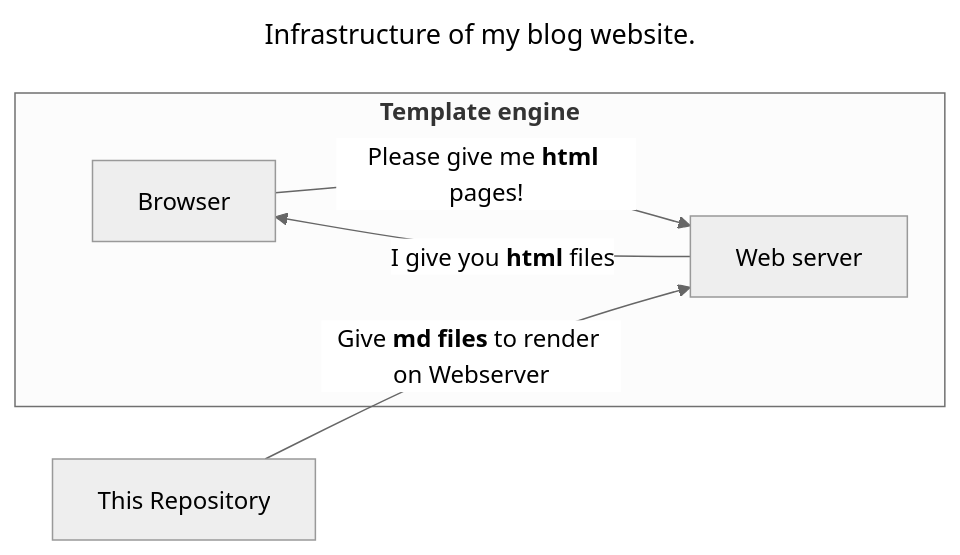
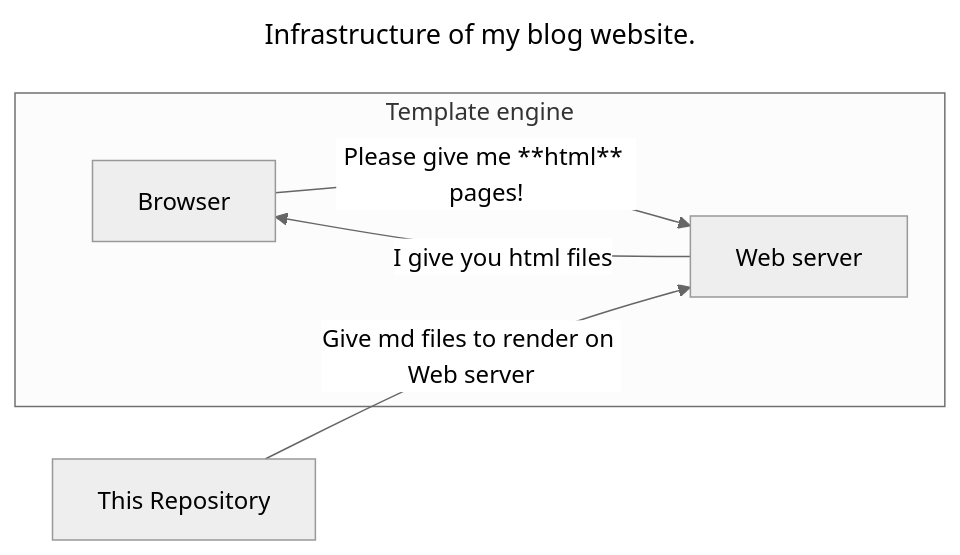
Before and after one commit to Huansock/Hua-bi-bli: the first of 3 diagrams in README.md, drawn with Mermaid (neutral theme). The commit also changed other lines of this file and 2 other files, not shown here.

````diff
--- a/README.md
+++ b/README.md
@@ -7,14 +7,14 @@
 ```mermaid
 ---
 title: Infrastructure of my blog website.
 ---
 flowchart LR
-    subgraph "`**Template engine**`"
-    Browser[Browser] --"`Please give me **html** pages!`"--> 
+    subgraph "Template engine"
+    Browser[Browser] --"Please give me **html** pages!"--> 
     Web_server[Web server]
-    Web_server --"`I give you **html** files`"--> Browser
+    Web_server --"I give you html files"--> Browser
     end
         direction TB
-        database[This Repository] --"`Give **md files** to render on Webserver`"--> Web_server 
+        database[This Repository] --"Give md files to render on Web server"--> Web_server 
 
 ```
````
